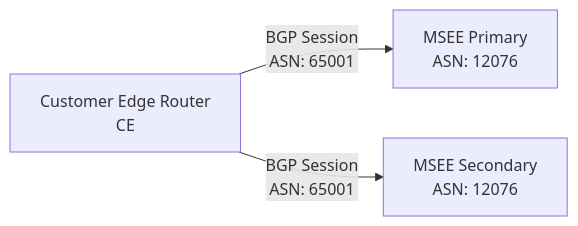
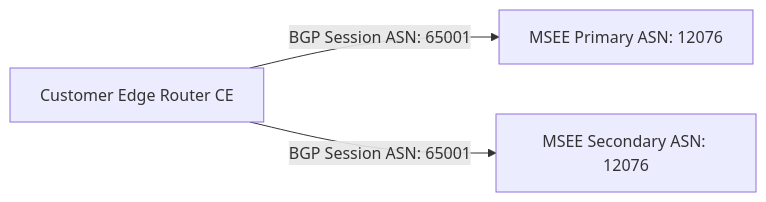
The eighth of 13 diagrams in Microsoft 365/Azure/Netzwerk/Azure ExpressRoute.md (SoniiiT/notes-n-docs), drawn with Mermaid before and after one commit. The commit also changed other lines of this file and 124 other files, not shown here.

First line of the commit message:
fix: Entferne \n aus allen Mermaid-Diagrammen (125 Dateien)

````diff
--- a/Microsoft 365/Azure/Netzwerk/Azure ExpressRoute.md
+++ b/Microsoft 365/Azure/Netzwerk/Azure ExpressRoute.md
@@ -149,5 +149,5 @@
 ```mermaid
 graph LR
-    CE[Customer Edge Router\nCE] -->|BGP Session\nASN: 65001| MSEE1[MSEE Primary\nASN: 12076]
-    CE -->|BGP Session\nASN: 65001| MSEE2[MSEE Secondary\nASN: 12076]
+    CE[Customer Edge Router CE] -->|BGP Session ASN: 65001| MSEE1[MSEE Primary ASN: 12076]
+    CE -->|BGP Session ASN: 65001| MSEE2[MSEE Secondary ASN: 12076]
 ```
````
